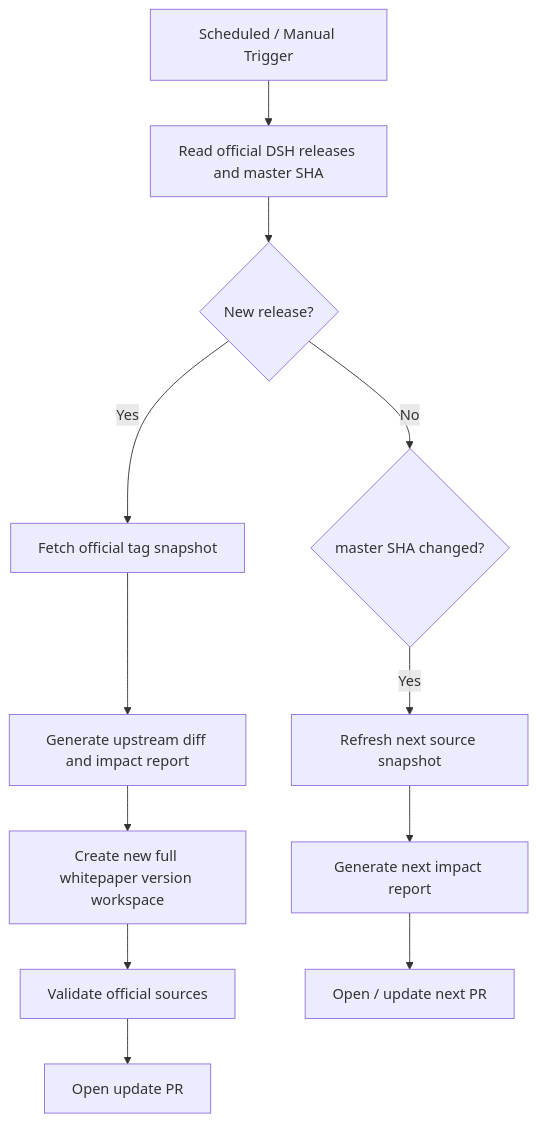
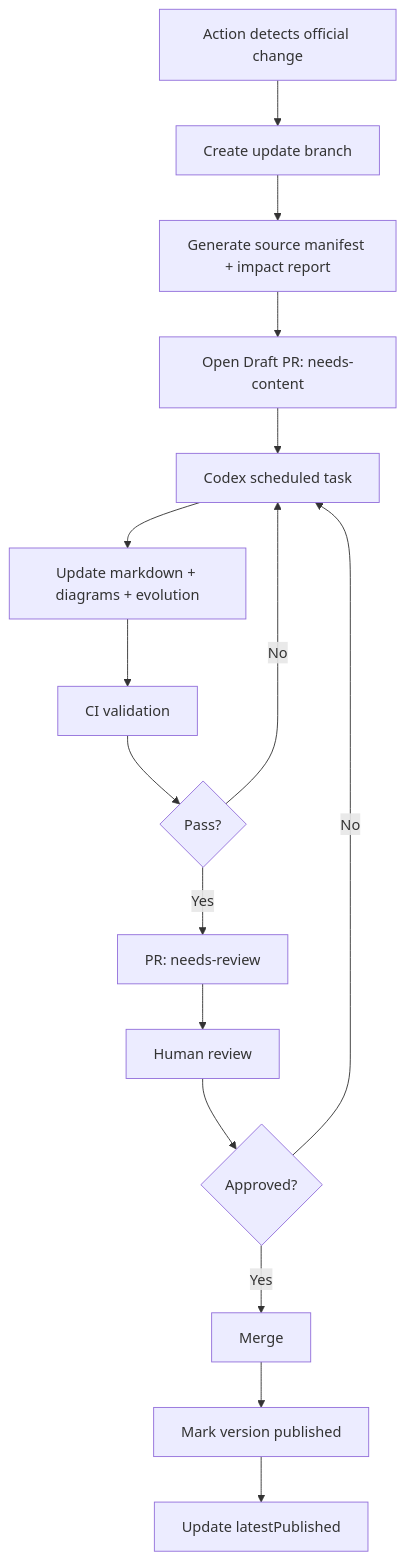
Before and after one commit to 0326/dsh-plugin-market: the third of 4 diagrams in docs/DSH_WHITEPAPER_TECHNICAL_PLAN.md, drawn with Mermaid. The commit also changed other lines of this file, not shown here.

Commit message:
docs: refine DSH living whitepaper architecture and generation pipeline

````diff
--- a/docs/DSH_WHITEPAPER_TECHNICAL_PLAN.md
+++ b/docs/DSH_WHITEPAPER_TECHNICAL_PLAN.md
@@ -571,14 +657,18 @@
 ```mermaid
 flowchart TD
-    A[Scheduled / Manual Trigger] --> B[Read official DSH releases and master SHA]
-    B --> C{New release?}
-    C -- Yes --> D[Fetch official tag snapshot]
-    D --> E[Generate upstream diff and impact report]
-    E --> F[Create new full whitepaper version workspace]
-    F --> G[Validate official sources]
-    G --> H[Open update PR]
-    C -- No --> I{master SHA changed?}
-    I -- Yes --> J[Refresh next source snapshot]
-    J --> K[Generate next impact report]
-    K --> L[Open / update next PR]
+    A[Action detects official change] --> B[Create update branch]
+    B --> C[Generate source manifest + impact report]
+    C --> D[Open Draft PR: needs-content]
+    D --> E[Codex scheduled task]
+    E --> F[Update markdown + diagrams + evolution]
+    F --> G[CI validation]
+    G --> H{Pass?}
+    H -- No --> E
+    H -- Yes --> I[PR: needs-review]
+    I --> J[Human review]
+    J --> K{Approved?}
+    K -- No --> E
+    K -- Yes --> L[Merge]
+    L --> M[Mark version published]
+    M --> N[Update latestPublished]
 ```
````
